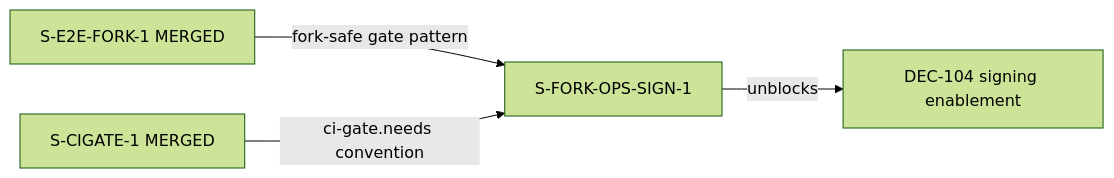
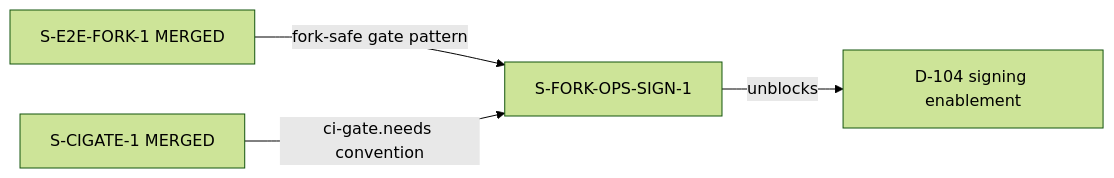
Before and after one commit to ArcavenAE/jira-cli: the second of 3 diagrams in code-delivery/S-FORK-OPS-SIGN-1/pr-description.md, drawn with Mermaid (forest theme). The commit also changed 531 other files, not shown here.

````diff
--- a/code-delivery/S-FORK-OPS-SIGN-1/pr-description.md
+++ b/code-delivery/S-FORK-OPS-SIGN-1/pr-description.md
@@ -96,6 +96,6 @@
 ```mermaid
 graph LR
     SE2E[S-E2E-FORK-1 MERGED] -->|fork-safe gate pattern| SSIGN[S-FORK-OPS-SIGN-1]
     SCIGATE[S-CIGATE-1 MERGED] -->|ci-gate.needs convention| SSIGN
-    SSIGN -->|unblocks| DEC104[DEC-104 signing enablement]
+    SSIGN -->|unblocks| DEC104[D-104 signing enablement]
 ```
````
